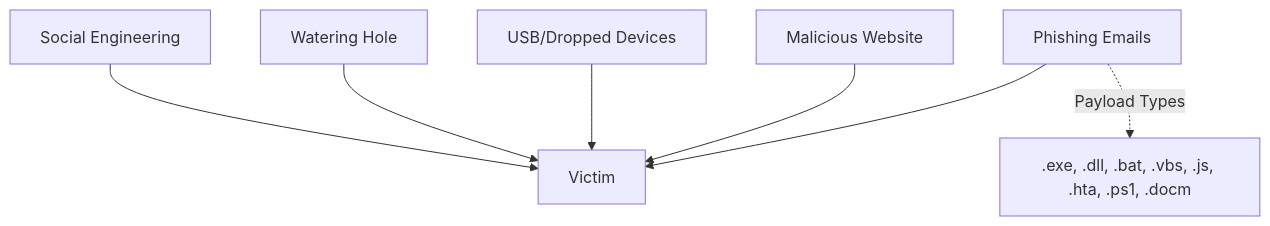
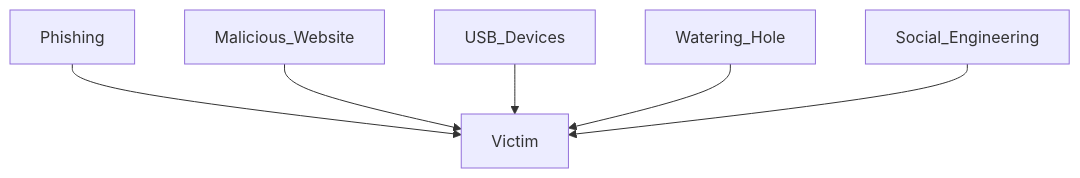
The sixth of 28 diagrams in 1-Incident-Handling-Process/README.md (manojxshrestha/SOC-Analyst-Cheatsheet), drawn with Mermaid before and after one commit. The commit also changed other lines of this file, not shown here.

````diff
--- a/1-Incident-Handling-Process/README.md
+++ b/1-Incident-Handling-Process/README.md
@@ -220,12 +202,9 @@
 ```mermaid
-graph TD
-    D1[Phishing Emails] --> Target
-    D2[Malicious Website] --> Target
-    D3[USB/Dropped Devices] --> Target
-    D4[Watering Hole] --> Target
-    D5[Social Engineering] --> Target
-    
+flowchart TD
+    Phishing --> Target
+    Malicious_Website --> Target
+    USB_Devices --> Target
+    Watering_Hole --> Target
+    Social_Engineering --> Target
     Target[Victim]
-    
-    D1 -.->|Payload Types| Types[.exe, .dll, .bat, .vbs, .js, .hta, .ps1, .docm]
 ```
````
